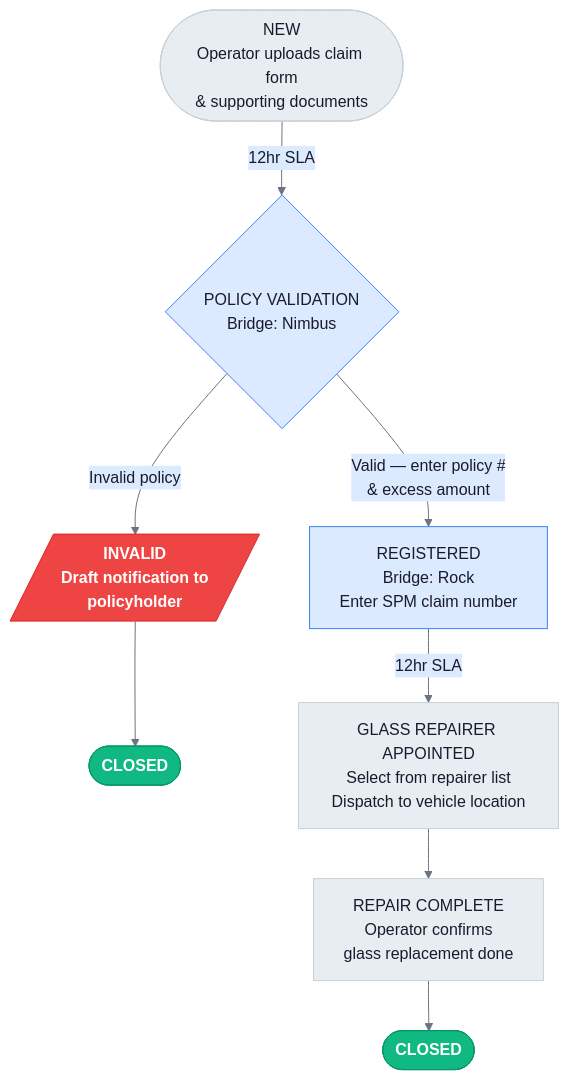
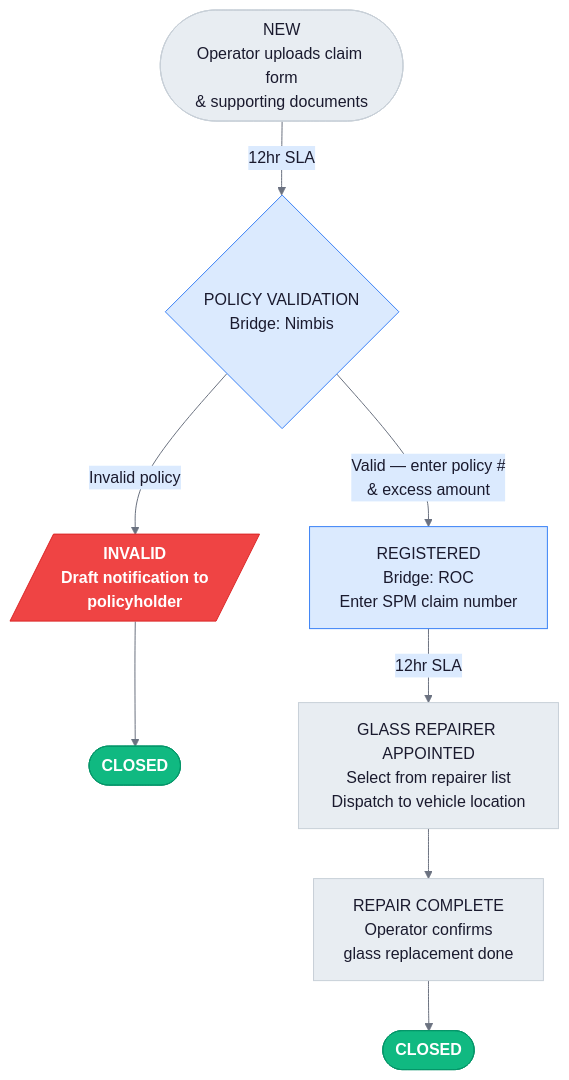
One commit to Fr3nn3r/rtu-demo changed the diagram in docs/diagrams/workflow-glass.mmd. Above: the diagram before and after it, drawn with Mermaid. The commit also changed 2 other files, not shown here.

Commit message:
docs: update workflow diagrams with corrected naming and SLA timings

```diff
--- a/docs/diagrams/workflow-glass.mmd
+++ b/docs/diagrams/workflow-glass.mmd
@@ -1,41 +1,41 @@
 %%{init: {'theme':'base', 'themeVariables': {
   'primaryColor':'#E8EDF2',
   'primaryTextColor':'#1A1A2E',
   'primaryBorderColor':'#C8D0D8',
   'lineColor':'#6B7280',
   'secondaryColor':'#DBEAFE',
   'tertiaryColor':'#FEF3C7'
 }}}%%
 flowchart TD
     NEW([NEW<br/>Operator uploads claim form<br/>& supporting documents])
     NEW -->|"12hr SLA"| PV
 
-    PV{POLICY VALIDATION<br/>Bridge: Nimbus}
+    PV{POLICY VALIDATION<br/>Bridge: Nimbis}
     PV -->|"Invalid policy"| INVALID
     PV -->|"Valid — enter policy #<br/>& excess amount"| REG
 
     INVALID[/"INVALID<br/>Draft notification to<br/>policyholder"/]
     INVALID --> CLOSED_INV
 
-    REG[REGISTERED<br/>Bridge: Rock<br/>Enter SPM claim number]
+    REG[REGISTERED<br/>Bridge: ROC<br/>Enter SPM claim number]
     REG -->|"12hr SLA"| GLASS_APPT
 
     GLASS_APPT[GLASS REPAIRER APPOINTED<br/>Select from repairer list<br/>Dispatch to vehicle location]
     GLASS_APPT --> REPAIR_DONE
 
     REPAIR_DONE[REPAIR COMPLETE<br/>Operator confirms<br/>glass replacement done]
     REPAIR_DONE --> CLOSED_REPAIR
 
     %% Terminal states
     CLOSED_INV([CLOSED])
     CLOSED_REPAIR([CLOSED])
 
     %% Styling
     classDef closedState fill:#10B981,stroke:#059669,color:#fff,font-weight:bold
     classDef invalidState fill:#EF4444,stroke:#DC2626,color:#fff,font-weight:bold
     classDef bridgeStep fill:#DBEAFE,stroke:#3B82F6,color:#1A1A2E
     classDef decisionNode fill:#FEF3C7,stroke:#F59E0B,color:#1A1A2E
 
     class CLOSED_INV,CLOSED_REPAIR closedState
     class INVALID invalidState
     class PV,REG bridgeStep
```
